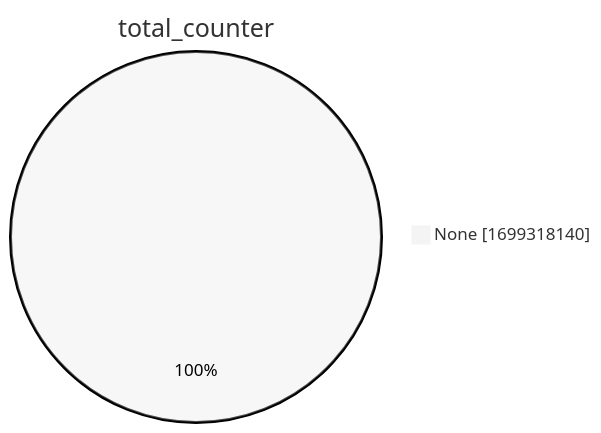
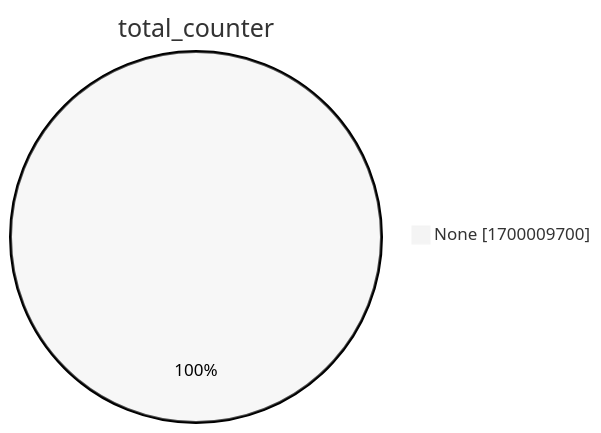
One commit to christiankrug/ctmonitor_visualization changed the second of 15 diagrams in xenon2022/README.md. Above: the diagram before and after it, drawn with Mermaid (neutral theme). The commit also changed other lines of this file, not shown here.

````diff
--- a/xenon2022/README.md
+++ b/xenon2022/README.md
@@ -9,5 +9,5 @@
 ```mermaid
 pie showData
 title total_counter
-"None" :1699318140
+"None" :1700009700
 ```
````
